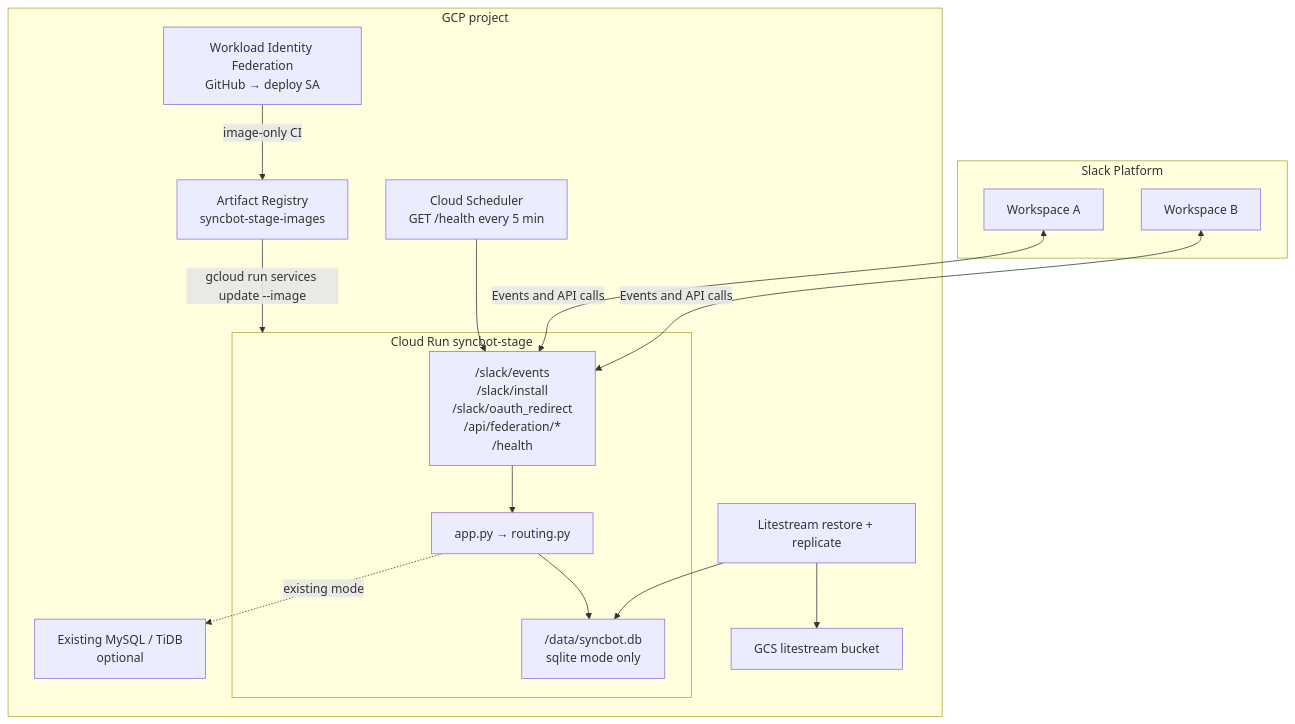
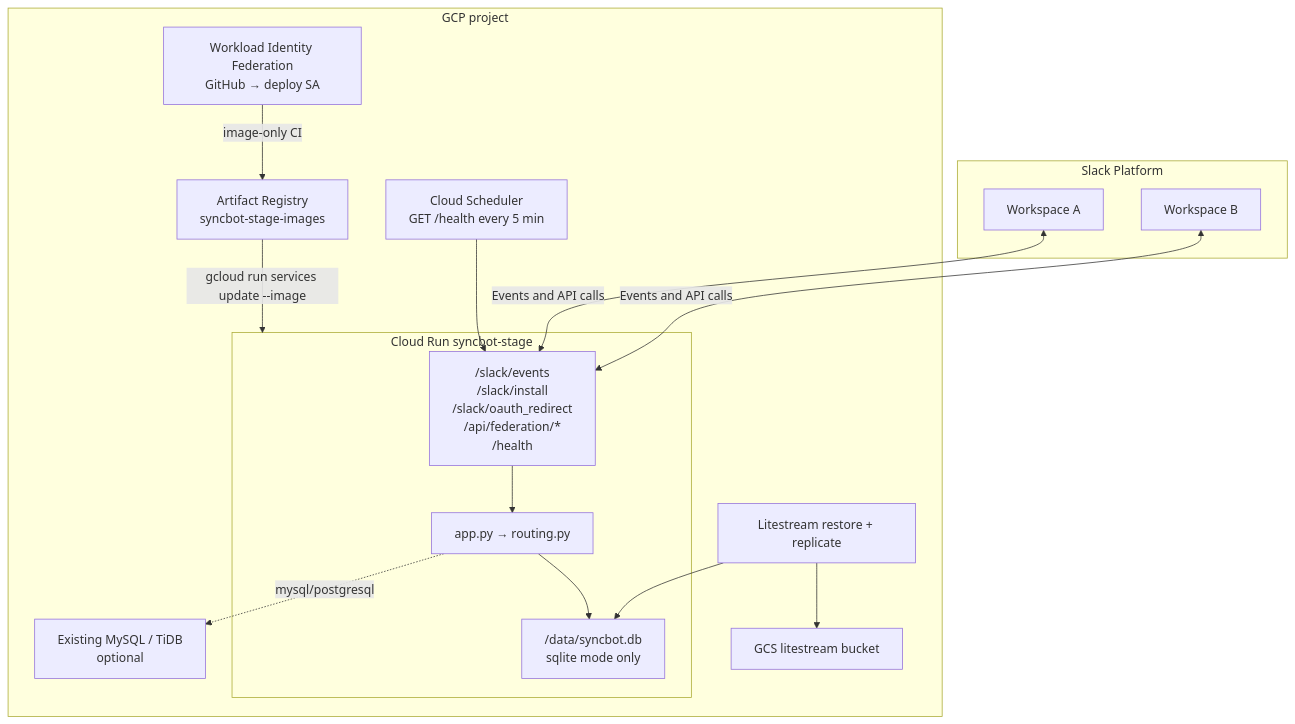
Before and after one commit to F3Nation-Community/slack-syncbot: the third of 3 diagrams in docs/ARCHITECTURE.md, drawn with Mermaid. The commit also changed other lines of this file and 46 other files, not shown here.

````diff
--- a/docs/ARCHITECTURE.md
+++ b/docs/ARCHITECTURE.md
@@ -132,32 +134,32 @@
 ```mermaid
 flowchart TB
     subgraph Slack["Slack Platform"]
         WA["Workspace A"]
         WB["Workspace B"]
     end
 
     subgraph GCP["GCP project"]
         subgraph CR["Cloud Run syncbot-stage"]
             EP["/slack/events<br>/slack/install<br>/slack/oauth_redirect<br>/api/federation/*<br>/health"]
             APP["app.py → routing.py"]
             DATA["/data/syncbot.db<br>sqlite mode only"]
         end
 
         Lite["Litestream restore + replicate"]
         GCS["GCS litestream bucket"]
         AR["Artifact Registry<br>syncbot-stage-images"]
         Sched["Cloud Scheduler<br>GET /health every 5 min"]
         WIF["Workload Identity Federation<br>GitHub → deploy SA"]
         TiDB["Existing MySQL / TiDB<br>optional"]
     end
 
     WA & WB <-->|Events and API calls| EP
     EP --> APP
     APP --> DATA
     Lite --> DATA
     Lite --> GCS
     Sched --> EP
     WIF -->|"image-only CI"| AR
     AR -->|"gcloud run services update --image"| CR
-    APP -.->|existing mode| TiDB
+    APP -.->|mysql/postgresql| TiDB
 ```
````
